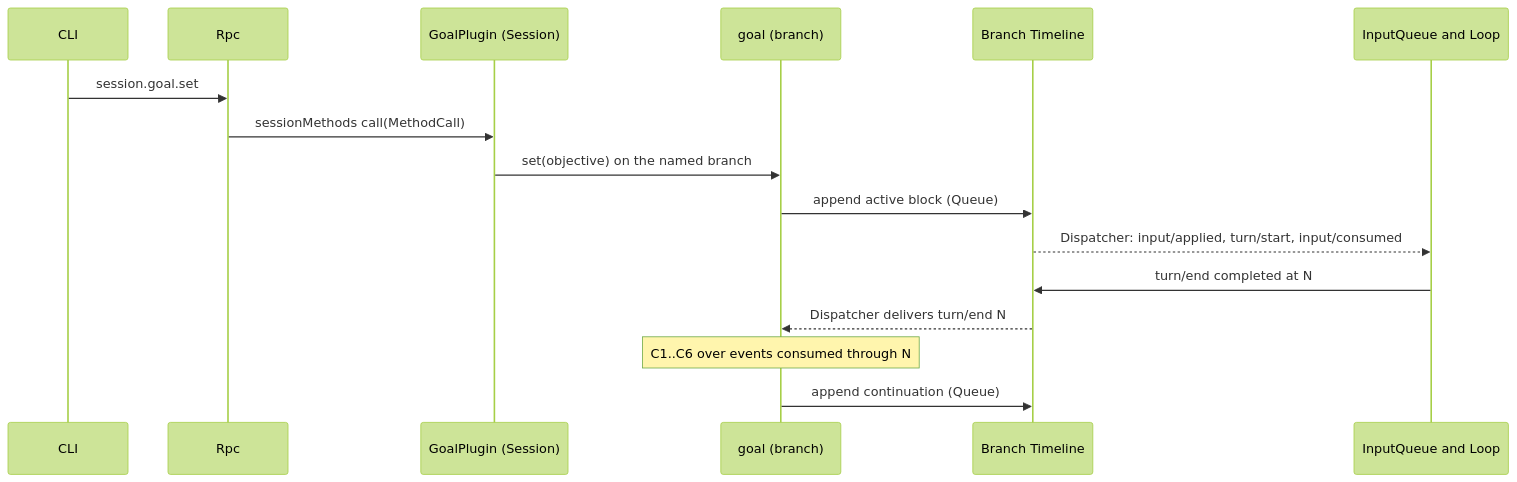
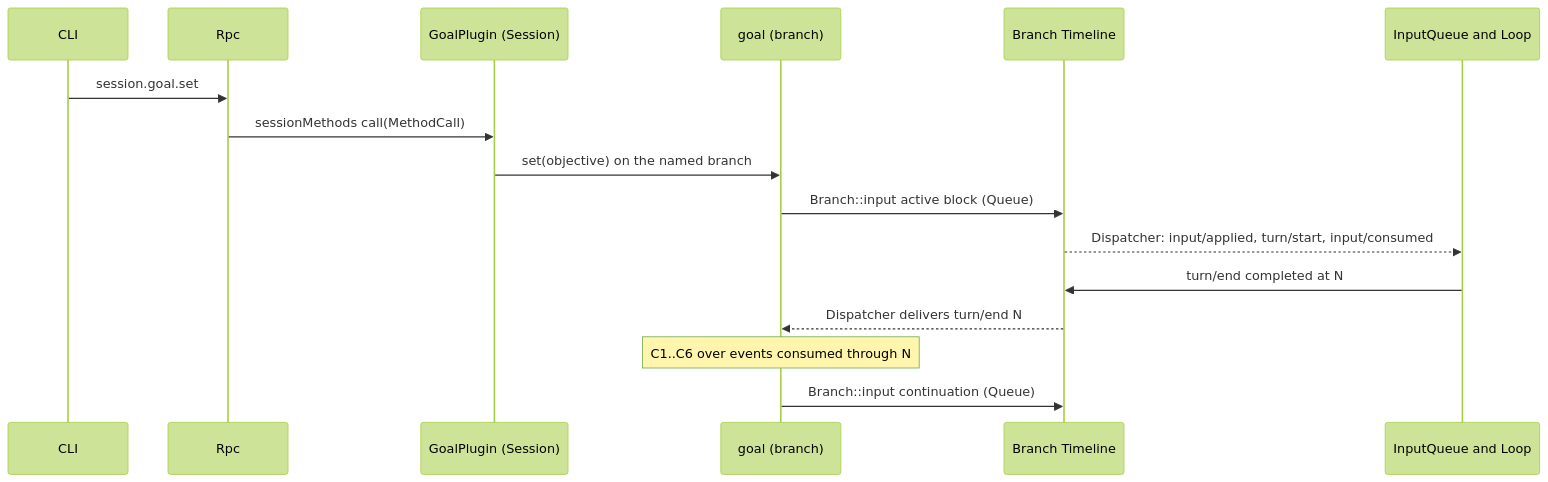
Before and after one commit to CoutinhoTTS/dim-agent: the third of 6 diagrams in docs/design/plugins/Goal.md, drawn with Mermaid (forest theme). The commit also changed other lines of this file and 42 other files, not shown here.

````diff
--- a/docs/design/plugins/Goal.md
+++ b/docs/design/plugins/Goal.md
@@ -85,18 +85,18 @@
 ```mermaid
 sequenceDiagram
   participant CLI
   participant Rpc
   participant GS as GoalPlugin (Session)
   participant G as goal (branch)
   participant TL as Branch Timeline
   participant IQ as InputQueue and Loop
   CLI->>Rpc: session.goal.set
   Rpc->>GS: sessionMethods call(MethodCall)
   GS->>G: set(objective) on the named branch
-  G->>TL: append active block (Queue)
+  G->>TL: Branch::input active block (Queue)
   TL-->>IQ: Dispatcher: input/applied, turn/start, input/consumed
   IQ->>TL: turn/end completed at N
   TL-->>G: Dispatcher delivers turn/end N
   Note over G: C1..C6 over events consumed through N
-  G->>TL: append continuation (Queue)
+  G->>TL: Branch::input continuation (Queue)
 ```
````
